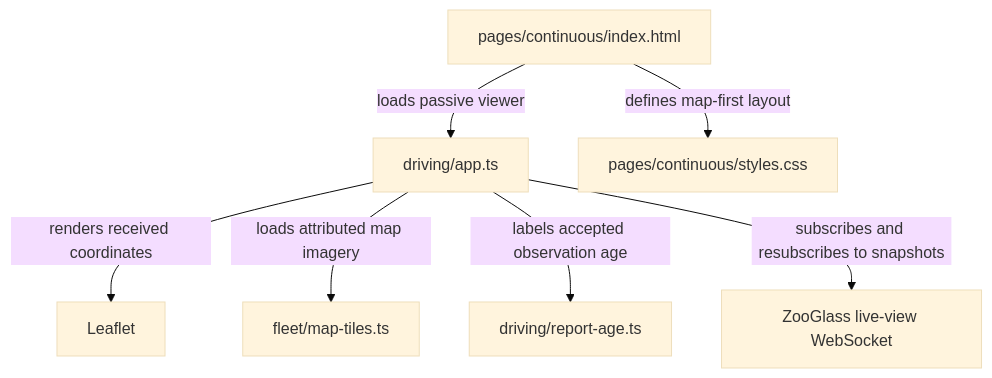
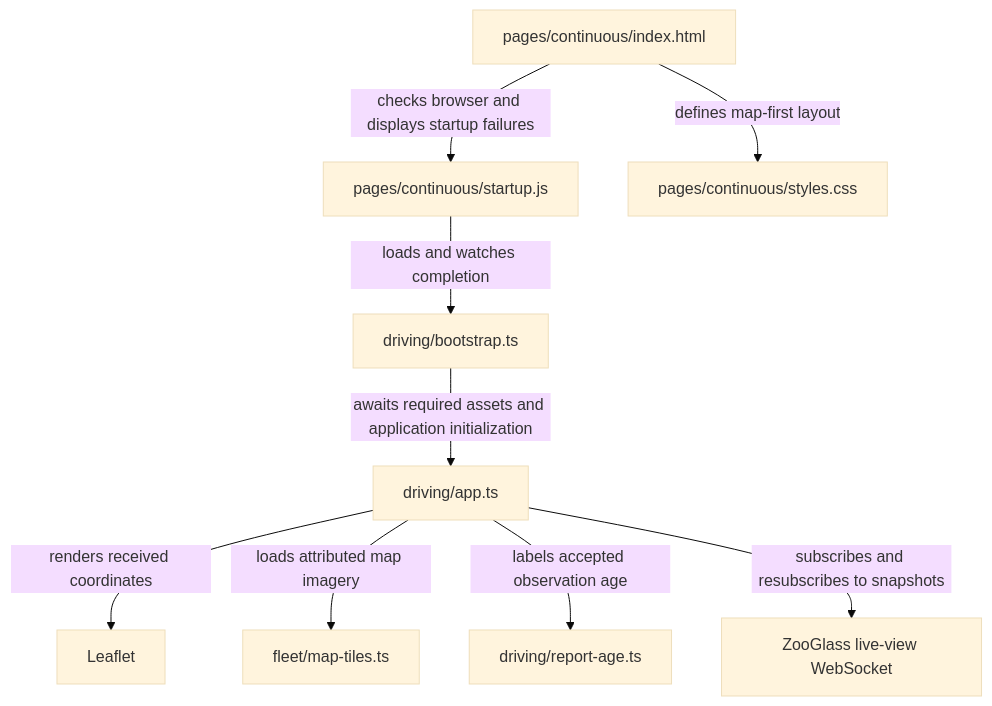
One commit to sproates/zooglass changed the fourth of 4 diagrams in demos/vehicle-tracker/docs/source-map.md. Above: the diagram before and after it, drawn with Mermaid (base theme). The commit also changed 26 other files, not shown here.

````diff
--- a/demos/vehicle-tracker/docs/source-map.md
+++ b/demos/vehicle-tracker/docs/source-map.md
@@ -177,9 +177,11 @@
 ```mermaid
 flowchart TD
-  html["pages/continuous/index.html"] -->|loads passive viewer| app["driving/app.ts"]
+  html["pages/continuous/index.html"] -->|checks browser and displays startup failures| startup["pages/continuous/startup.js"]
+  startup -->|loads and watches completion| bootstrap["driving/bootstrap.ts"]
+  bootstrap -->|awaits required assets and application initialization| app["driving/app.ts"]
   html -->|defines map-first layout| css["pages/continuous/styles.css"]
   app -->|renders received coordinates| leaflet["Leaflet"]
   app -->|loads attributed map imagery| tiles["fleet/map-tiles.ts"]
   app -->|labels accepted observation age| age["driving/report-age.ts"]
   app -->|subscribes and resubscribes to snapshots| ws["ZooGlass live-view WebSocket"]
 ```
````
